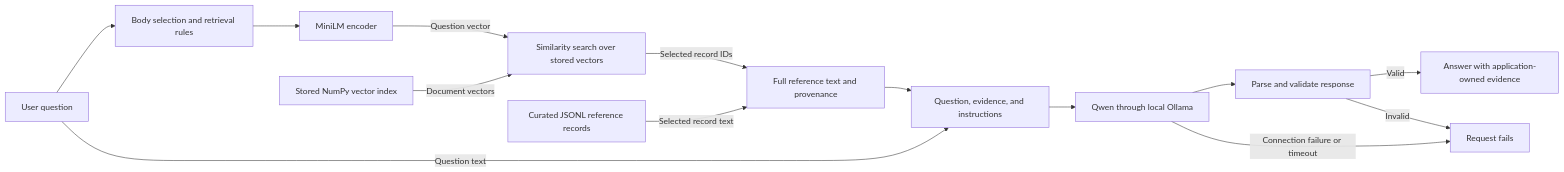
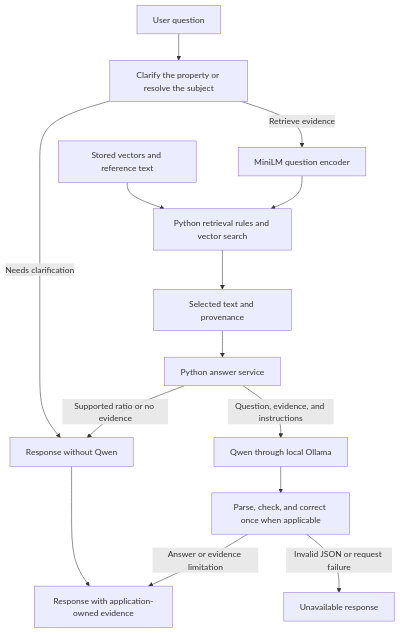
One commit to Kongstad/planetary-scanner changed the first of 6 diagrams in docs/ai-pipeline.md. Above: the diagram before and after it, drawn with Mermaid. The commit also changed other lines of this file and 48 other files, not shown here.

````diff
--- a/docs/ai-pipeline.md
+++ b/docs/ai-pipeline.md
@@ -29,16 +29,16 @@
 ```mermaid
-flowchart LR
-    Question[User question] --> Routing[Body selection and retrieval rules]
-    Routing --> Encoder[MiniLM encoder]
-    Encoder -->|Question vector| Search[Similarity search over stored vectors]
-    Index[Stored NumPy vector index] -->|Document vectors| Search
-    Search -->|Selected record IDs| Evidence[Full reference text and provenance]
-    Records[Curated JSONL reference records] -->|Selected record text| Evidence
-    Evidence --> Prompt[Question, evidence, and instructions]
-    Question -->|Question text| Prompt
-    Prompt --> LLM[Qwen through local Ollama]
-    LLM --> Validation[Parse and validate response]
-    Validation -->|Valid| Result[Answer with application-owned evidence]
-    Validation -->|Invalid| Failure[Request fails]
-    LLM -->|Connection failure or timeout| Failure
+flowchart TD
+    Question[User question] --> Routing[Clarify the property or resolve the subject]
+    Routing -->|Needs clarification| Direct[Response without Qwen]
+    Routing -->|Retrieve evidence| Encoder[MiniLM question encoder]
+    Encoder --> Search[Python retrieval rules and vector search]
+    Records[Stored vectors and reference text] --> Search
+    Search --> Evidence[Selected text and provenance]
+    Evidence --> Service[Python answer service]
+    Service -->|Supported ratio or no evidence| Direct
+    Service -->|Question, evidence, and instructions| LLM[Qwen through local Ollama]
+    LLM --> Validation[Parse, check, and correct once when applicable]
+    Validation -->|Answer or evidence limitation| Result[Response with application-owned evidence]
+    Direct --> Result
+    Validation -->|Invalid JSON or request failure| Failure[Unavailable response]
 ```
````
